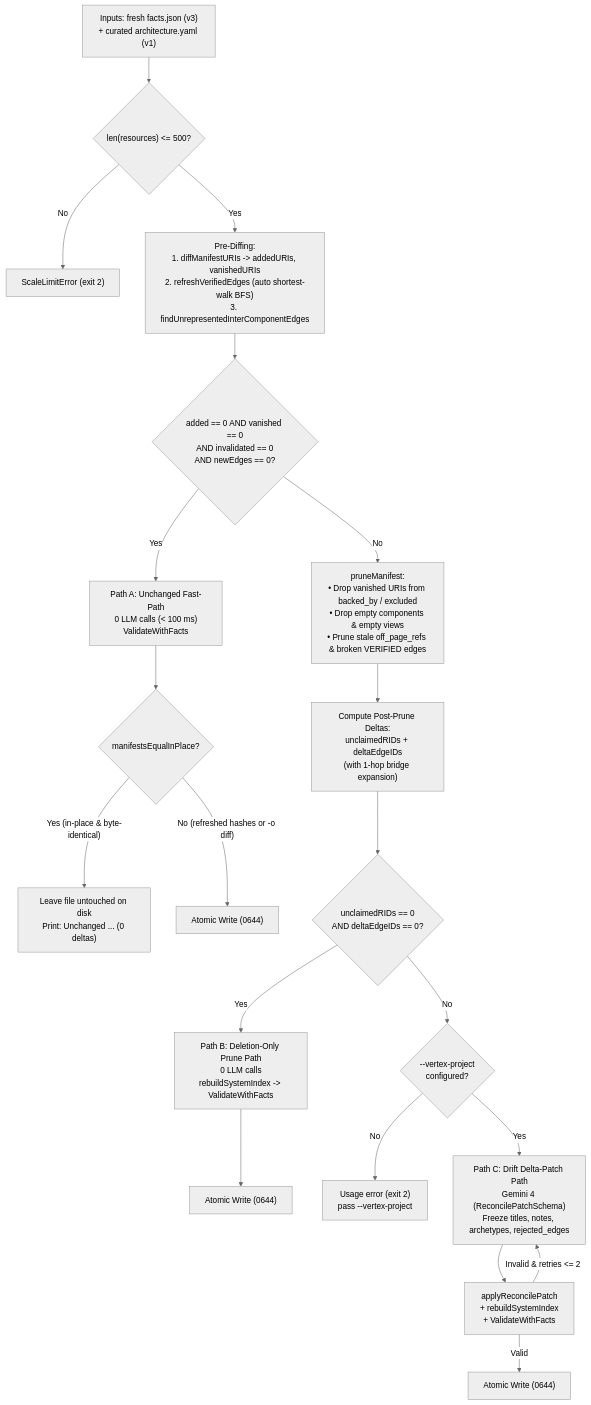
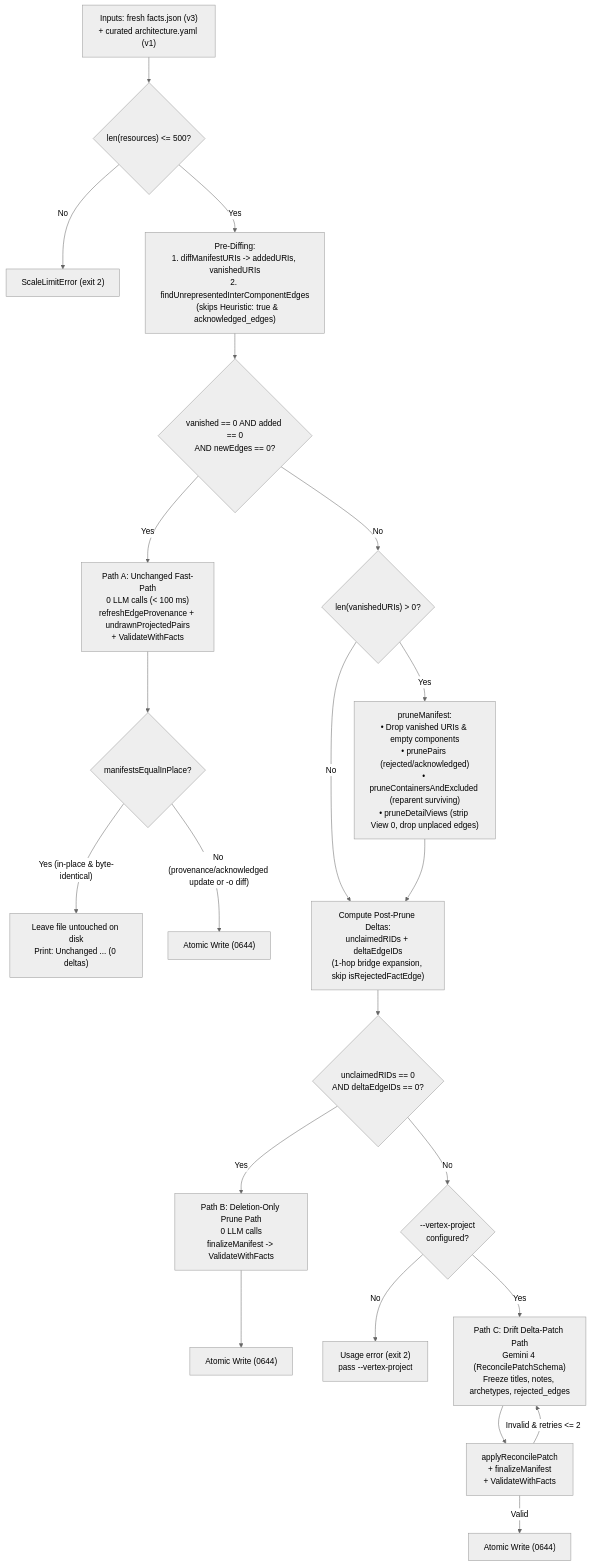
Before and after one commit to arrase/gcp-arch: the second of 2 diagrams in gh-pages/synthesis.md, drawn with Mermaid (neutral theme). The commit also changed other lines of this file and 11 other files, not shown here.

````diff
--- a/gh-pages/synthesis.md
+++ b/gh-pages/synthesis.md
@@ -305,26 +318,28 @@
 ```mermaid
 flowchart TD
     Start["Inputs: fresh facts.json (v3)\n+ curated architecture.yaml (v1)"] --> Cap{"len(resources) <= 500?"}
     Cap -- "No" --> ErrScale["ScaleLimitError (exit 2)"]
-    Cap -- "Yes" --> Diff["Pre-Diffing:\n1. diffManifestURIs -> addedURIs, vanishedURIs\n2. refreshVerifiedEdges (auto shortest-walk BFS)\n3. findUnrepresentedInterComponentEdges"]
+    Cap -- "Yes" --> Diff["Pre-Diffing:\n1. diffManifestURIs -> addedURIs, vanishedURIs\n2. findUnrepresentedInterComponentEdges\n   (skips Heuristic: true & acknowledged_edges)"]
 
-    Diff --> CheckA{"added == 0 AND vanished == 0\nAND invalidated == 0\nAND newEdges == 0?"}
-    CheckA -- "Yes" --> PathA["Path A: Unchanged Fast-Path\n0 LLM calls (< 100 ms)\nValidateWithFacts"]
+    Diff --> CheckA{"vanished == 0 AND added == 0\nAND newEdges == 0?"}
+    CheckA -- "Yes" --> PathA["Path A: Unchanged Fast-Path\n0 LLM calls (< 100 ms)\nrefreshEdgeProvenance + undrawnProjectedPairs\n+ ValidateWithFacts"]
     PathA --> EqualCheck{"manifestsEqualInPlace?"}
     EqualCheck -- "Yes (in-place & byte-identical)" --> NoTouch["Leave file untouched on disk\nPrint: Unchanged ... (0 deltas)"]
-    EqualCheck -- "No (refreshed hashes or -o diff)" --> WriteA["Atomic Write (0644)"]
+    EqualCheck -- "No (provenance/acknowledged update or -o diff)" --> WriteA["Atomic Write (0644)"]
 
-    CheckA -- "No" --> Prune["pruneManifest:\n• Drop vanished URIs from backed_by / excluded\n• Drop empty components & empty views\n• Prune stale off_page_refs & broken VERIFIED edges"]
-    Prune --> Delta["Compute Post-Prune Deltas:\nunclaimedRIDs + deltaEdgeIDs\n(with 1-hop bridge expansion)"]
+    CheckA -- "No" --> HasVanished{"len(vanishedURIs) > 0?"}
+    HasVanished -- "Yes" --> Prune["pruneManifest:\n• Drop vanished URIs & empty components\n• prunePairs (rejected/acknowledged)\n• pruneContainersAndExcluded (reparent surviving)\n• pruneDetailViews (strip View 0, drop unplaced edges)"]
+    HasVanished -- "No" --> Delta
+    Prune --> Delta["Compute Post-Prune Deltas:\nunclaimedRIDs + deltaEdgeIDs\n(1-hop bridge expansion, skip isRejectedFactEdge)"]
     Delta --> CheckB{"unclaimedRIDs == 0\nAND deltaEdgeIDs == 0?"}
 
-    CheckB -- "Yes" --> PathB["Path B: Deletion-Only Prune Path\n0 LLM calls\nrebuildSystemIndex -> ValidateWithFacts"]
+    CheckB -- "Yes" --> PathB["Path B: Deletion-Only Prune Path\n0 LLM calls\nfinalizeManifest -> ValidateWithFacts"]
     PathB --> WriteB["Atomic Write (0644)"]
 
     CheckB -- "No" --> ClientCheck{"--vertex-project\nconfigured?"}
     ClientCheck -- "No" --> ErrClient["Usage error (exit 2)\npass --vertex-project"]
     ClientCheck -- "Yes" --> PathC["Path C: Drift Delta-Patch Path\nGemini 4 (ReconcilePatchSchema)\nFreeze titles, notes, archetypes, rejected_edges"]
-    PathC --> Apply["applyReconcilePatch\n+ rebuildSystemIndex\n+ ValidateWithFacts"]
+    PathC --> Apply["applyReconcilePatch\n+ finalizeManifest\n+ ValidateWithFacts"]
     Apply -- "Invalid & retries <= 2" --> PathC
     Apply -- "Valid" --> WriteC["Atomic Write (0644)"]
 ```
````
